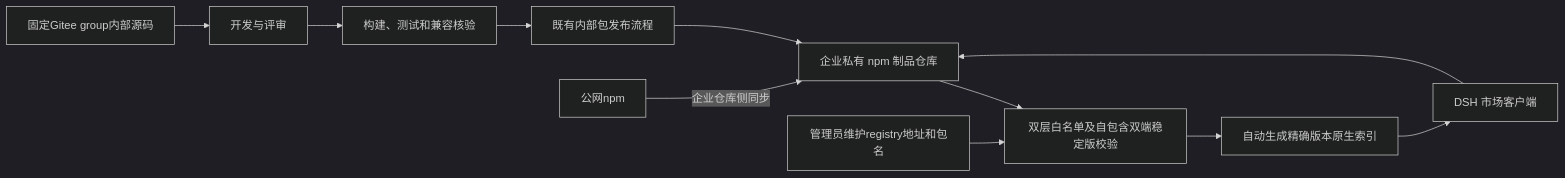
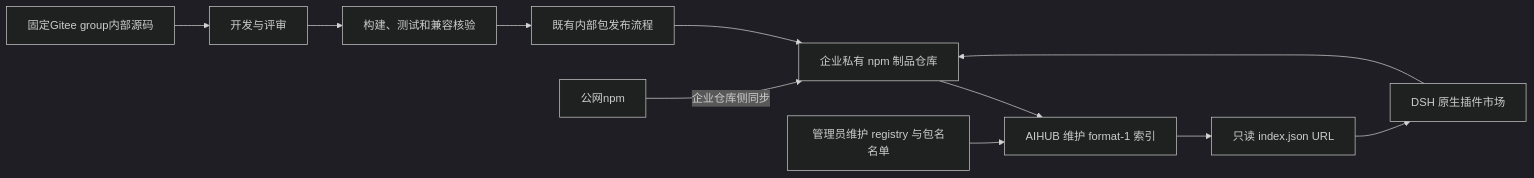
Before and after one commit to hrygo/heluo-forge: the diagram in docs/engineering/repository-structure-design.md, drawn with Mermaid (dark theme). The commit also changed other lines of this file and 42 other files, not shown here.

First line of the commit message:
feat(market): switch to lightweight native AIHUB index

````diff
--- a/docs/engineering/repository-structure-design.md
+++ b/docs/engineering/repository-structure-design.md
@@ -146,13 +146,13 @@
 ```mermaid
 flowchart LR
   G[固定Gitee group内部源码] --> C[开发与评审]
   C --> T[构建、测试和兼容核验]
   T --> A[既有内部包发布流程]
   A --> R[企业私有 npm 制品仓库]
   U[公网npm] -->|企业仓库侧同步| R
-  R --> I[双层白名单及自包含双端稳定版校验]
-  W[管理员维护registry地址和包名] --> I
-  I --> P[自动生成精确版本原生索引]
-  P --> D[DSH 市场客户端]
+  R --> I[AIHUB 维护 format-1 索引]
+  W[管理员维护 registry 与包名名单] --> I
+  I --> P[只读 index.json URL]
+  P --> D[DSH 原生插件市场]
   D --> R
 ```
````
